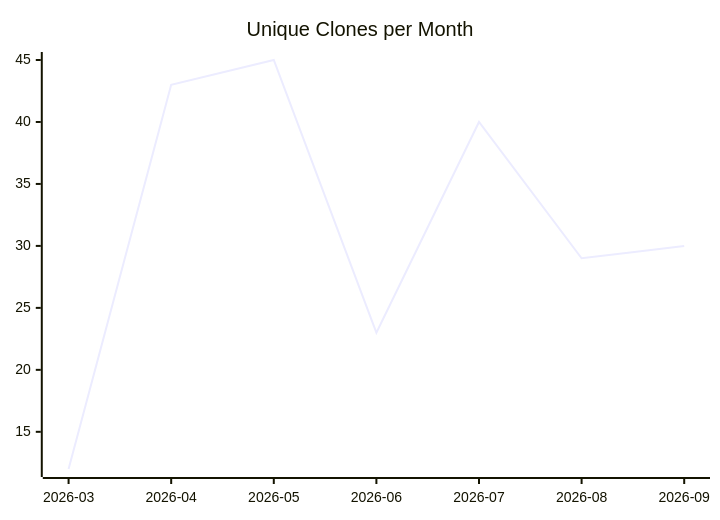
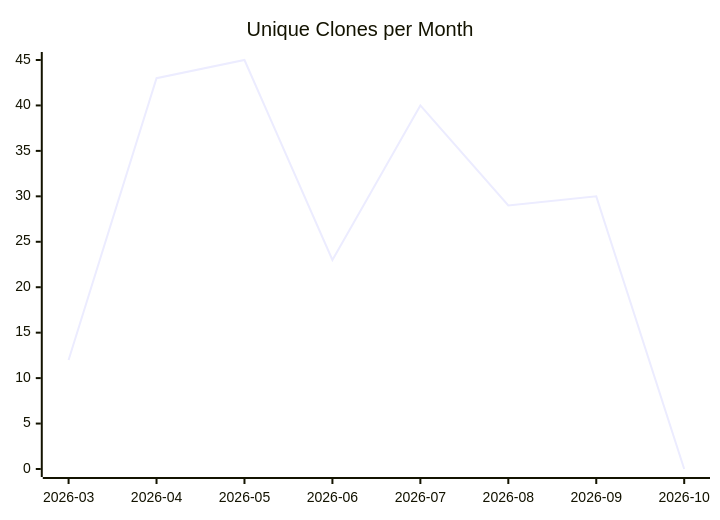
One commit to justdavis-family/github-analytics-data changed the third of 3 diagrams in karlmdavis/ksoap2-android/README.md. Above: the diagram before and after it, drawn with Mermaid. The commit also changed other lines of this file and 202 other files, not shown here.

````diff
--- a/karlmdavis/ksoap2-android/README.md
+++ b/karlmdavis/ksoap2-android/README.md
@@ -19,6 +19,6 @@
 ```mermaid
 xychart-beta
   title "Unique Clones per Month"
-  x-axis ["2026-03", "2026-04", "2026-05", "2026-06", "2026-07", "2026-08", "2026-09"]
-  line [12, 43, 45, 23, 40, 29, 30]
+  x-axis ["2026-03", "2026-04", "2026-05", "2026-06", "2026-07", "2026-08", "2026-09", "2026-10"]
+  line [12, 43, 45, 23, 40, 29, 30, 0]
 ```
````
